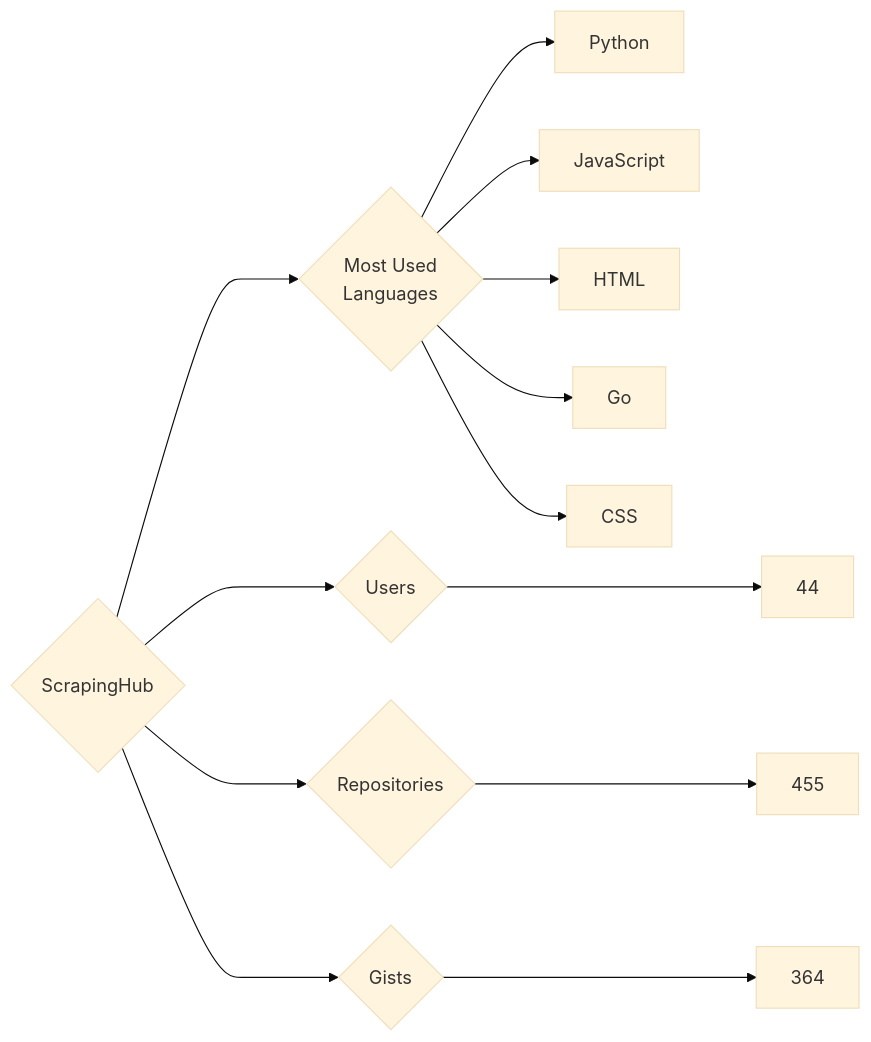
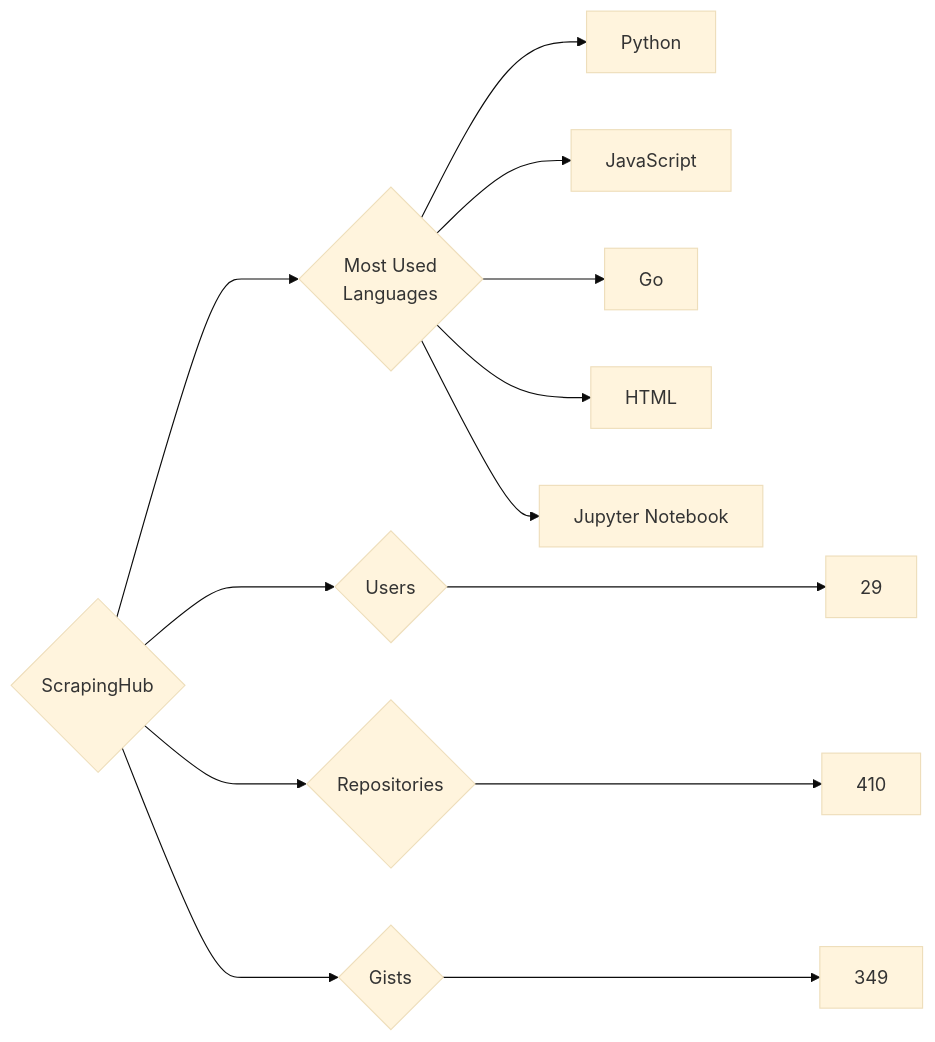
One commit to trickest/insiders changed the diagram in targets/ScrapingHub/README.md. Above: the diagram before and after it, drawn with Mermaid (base theme). The commit also changed 815 other files, not shown here.

````diff
--- a/targets/ScrapingHub/README.md
+++ b/targets/ScrapingHub/README.md
@@ -3,13 +3,13 @@
 ```mermaid
 graph LR
 COMPANY_NAME{ScrapingHub}
-COMPANY_NAME ---> U{Users} ---> UN[44]
-COMPANY_NAME ---> R{Repositories} ---> RN[455]
-COMPANY_NAME ---> G{Gists} ---> GN[364]
+COMPANY_NAME ---> U{Users} ---> UN[29]
+COMPANY_NAME ---> R{Repositories} ---> RN[410]
+COMPANY_NAME ---> G{Gists} ---> GN[349]
 COMPANY_NAME ---> ML{Most Used<br>Languages}
 ML --> Python[Python]
 ML --> JavaScript[JavaScript]
+ML --> Go[Go]
 ML --> HTML[HTML]
-ML --> Go[Go]
-ML --> CSS[CSS]
+ML --> Jupyter_Notebook[Jupyter Notebook]
 ```
````
